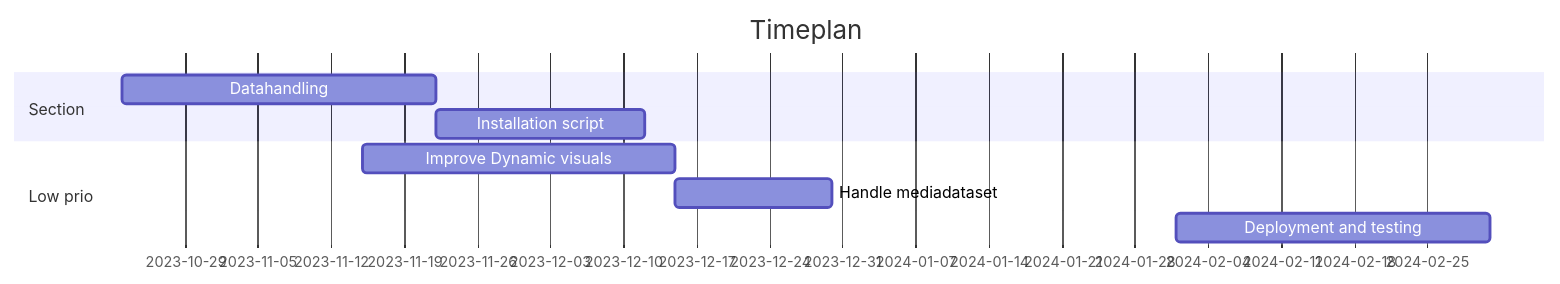
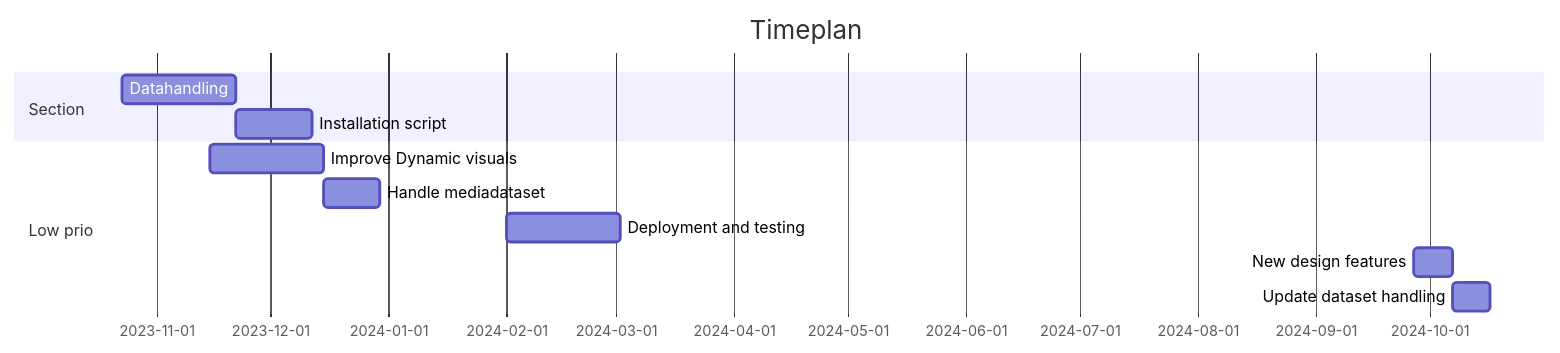
The diagram in README.md (c-toolbox/Digital-Twin-City-Platform-UE-Public), drawn with Mermaid before and after one commit.

````diff
--- a/README.md
+++ b/README.md
@@ -42,12 +42,14 @@
 ```mermaid
 gantt
     title Timeplan
     dateFormat  YYYY-MM-DD
     section Section
     Datahandling             :a1, 2023-10-23, 30d
     Installation script      :after a1  , 20d
     section Low prio
     Improve Dynamic visuals  :a2, 2023-11-15, 30d
     Handle mediadataset      :after a2, 15d
     Deployment and testing   :a3, 2024-02-01, 30d
+    New design features      :a4, 2024-09-27, 10d
+    Update dataset handling  :after a4, 10d
 ```
````
